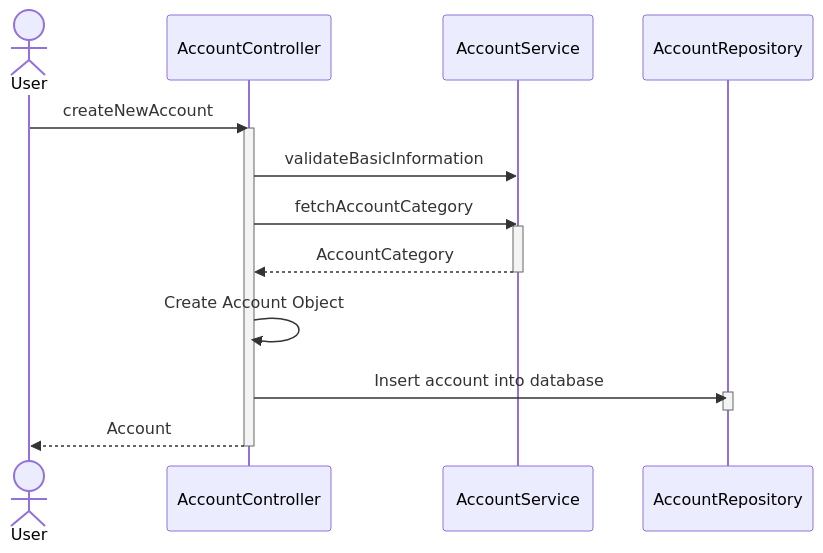
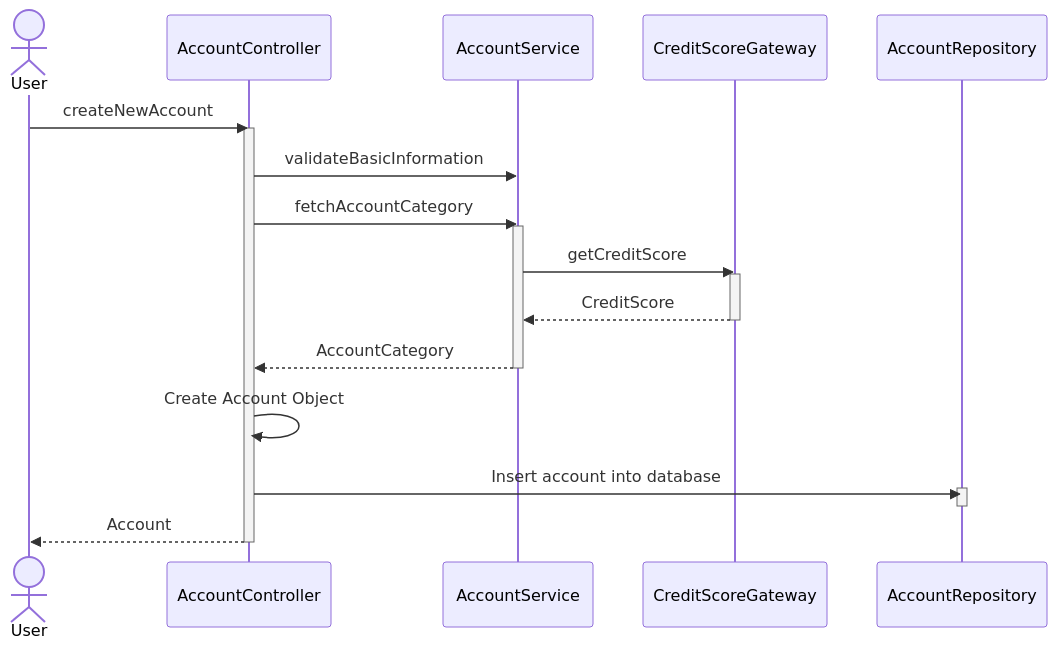
The diagram in readme.md (rayBray/account-exercise), drawn with Mermaid before and after one commit. The commit also changed other lines of this file and 4 other files, not shown here.

Commit message:
clean up readme, mermaid and baserepo

````diff
--- a/readme.md
+++ b/readme.md
@@ -16,24 +17,29 @@
 ```mermaid
 sequenceDiagram
     actor User
     participant AccountController
     participant AccountService
+    participant CreditScoreGateway
     participant AccountRepository
 
     User->>AccountController: createNewAccount
     activate AccountController
     AccountController->>AccountService: validateBasicInformation
     AccountController->>AccountService: fetchAccountCategory
     activate AccountService
+    AccountService->>CreditScoreGateway: getCreditScore
+    activate CreditScoreGateway
+    CreditScoreGateway-->>AccountService: CreditScore
+    deactivate CreditScoreGateway
     AccountService-->>AccountController: AccountCategory
     deactivate AccountService
-    
+
     AccountController->>AccountController: Create Account Object
-    
+
     AccountController->>AccountRepository: Insert account into database
     activate AccountRepository
     deactivate AccountRepository
-    
+
     AccountController-->>User: Account
     deactivate AccountController
 ```
````
